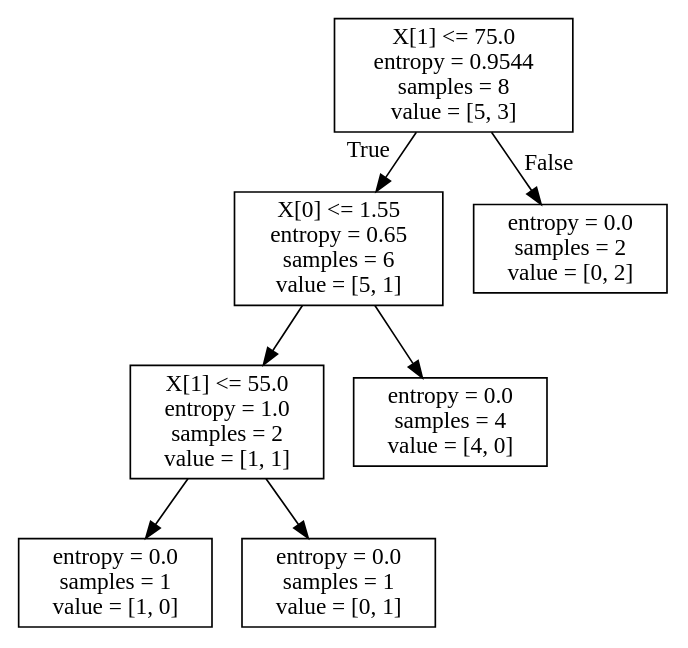
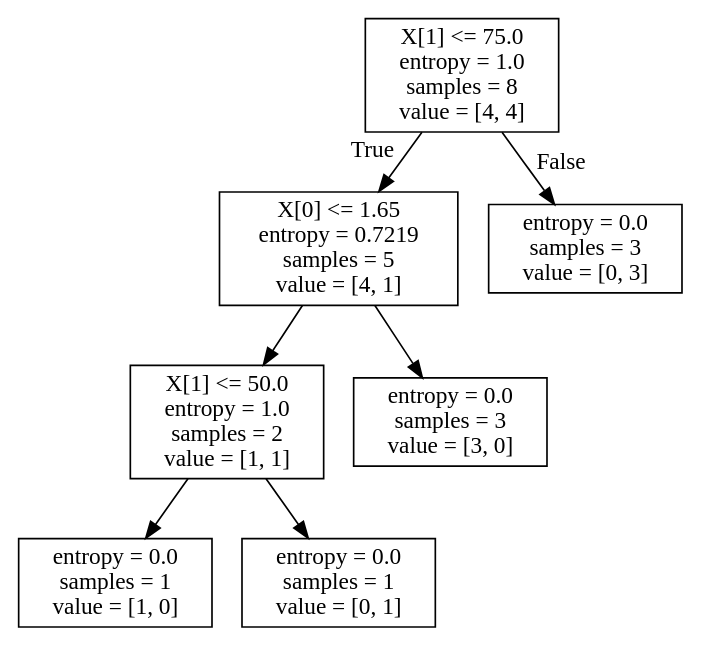
One commit to hadoop73/sklearn changed the diagram in sample/decisionTree/data/tree.dot. Above: the diagram before and after it, drawn with Graphviz. The commit also changed 3 other files, not shown here.

```diff
--- a/sample/decisionTree/data/tree.dot
+++ b/sample/decisionTree/data/tree.dot
@@ -1,16 +1,16 @@
 digraph Tree {
 node [shape=box] ;
-0 [label="X[1] <= 75.0\nentropy = 0.9544\nsamples = 8\nvalue = [5, 3]"] ;
-1 [label="X[0] <= 1.55\nentropy = 0.65\nsamples = 6\nvalue = [5, 1]"] ;
+0 [label="X[1] <= 75.0\nentropy = 1.0\nsamples = 8\nvalue = [4, 4]"] ;
+1 [label="X[0] <= 1.65\nentropy = 0.7219\nsamples = 5\nvalue = [4, 1]"] ;
 0 -> 1 [labeldistance=2.5, labelangle=45, headlabel="True"] ;
-2 [label="X[1] <= 55.0\nentropy = 1.0\nsamples = 2\nvalue = [1, 1]"] ;
+2 [label="X[1] <= 50.0\nentropy = 1.0\nsamples = 2\nvalue = [1, 1]"] ;
 1 -> 2 ;
 3 [label="entropy = 0.0\nsamples = 1\nvalue = [1, 0]"] ;
 2 -> 3 ;
 4 [label="entropy = 0.0\nsamples = 1\nvalue = [0, 1]"] ;
 2 -> 4 ;
-5 [label="entropy = 0.0\nsamples = 4\nvalue = [4, 0]"] ;
+5 [label="entropy = 0.0\nsamples = 3\nvalue = [3, 0]"] ;
 1 -> 5 ;
-6 [label="entropy = 0.0\nsamples = 2\nvalue = [0, 2]"] ;
+6 [label="entropy = 0.0\nsamples = 3\nvalue = [0, 3]"] ;
 0 -> 6 [labeldistance=2.5, labelangle=-45, headlabel="False"] ;
 }
```
